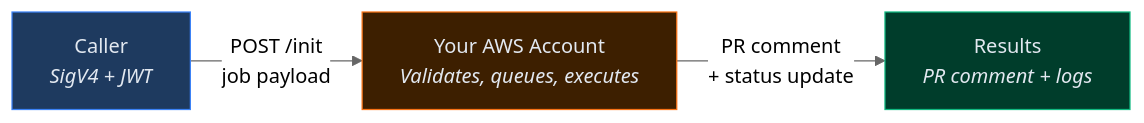
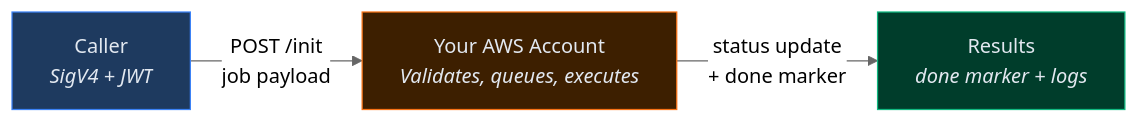
The first of 5 diagrams in docs/ARCHITECTURE_DIAGRAM.md (config0-hub/aws-execution-engine), drawn with Mermaid (neutral theme) before and after one commit. The commit also changed other lines of this file and 170 other files, not shown here.

````diff
--- a/docs/ARCHITECTURE_DIAGRAM.md
+++ b/docs/ARCHITECTURE_DIAGRAM.md
@@ -9,13 +9,13 @@
 ```mermaid
 flowchart LR
     VCS["Caller<br><i>SigV4 + JWT</i>"]
     AWS["Your AWS Account<br><i>Validates, queues, executes</i>"]
-    Results["Results<br><i>PR comment + logs</i>"]
+    Results["Results<br><i>done marker + logs</i>"]
 
     VCS -- "POST /init<br>job payload" --> AWS
-    AWS -- "PR comment<br>+ status update" --> Results
+    AWS -- "status update<br>+ done marker" --> Results
 
     style VCS fill:#1e3a5f,stroke:#3b82f6,color:#e2e8f0
     style AWS fill:#3d1f00,stroke:#f97316,color:#e2e8f0
     style Results fill:#003d2b,stroke:#10b981,color:#e2e8f0
 ```
````
